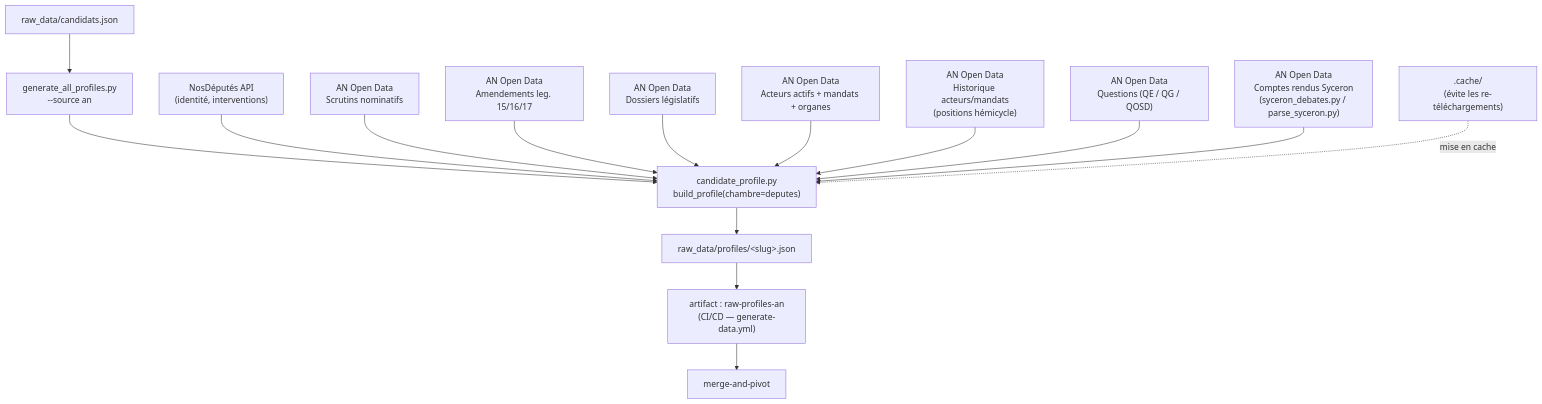
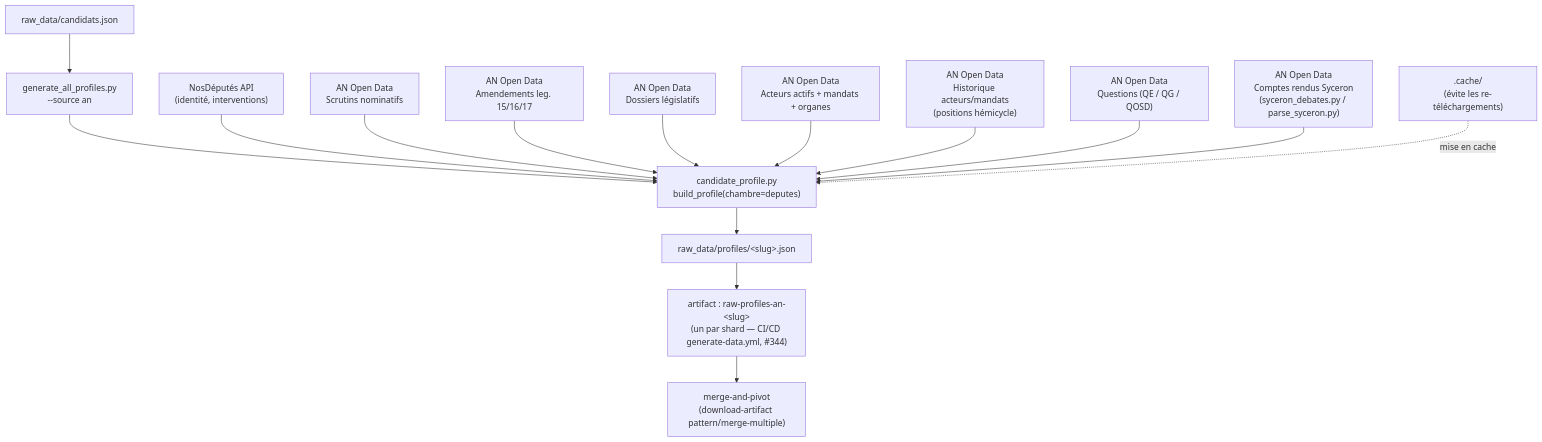
Before and after one commit to stephieED/Empreinte-politique-src: the diagram in docs/extract-an.md, drawn with Mermaid. The commit also changed other lines of this file and 3 other files, not shown here.

````diff
--- a/docs/extract-an.md
+++ b/docs/extract-an.md
@@ -20,21 +34,21 @@
 ```mermaid
 flowchart TD
     A["raw_data/candidats.json"] --> B["generate_all_profiles.py\n--source an"]
 
     B --> C["candidate_profile.py\nbuild_profile(chambre=deputes)"]
 
     ND["NosDéputés API\n(identité, interventions)"] --> C
     AN1["AN Open Data\nScrutins nominatifs"] --> C
     AN2["AN Open Data\nAmendements leg. 15/16/17"] --> C
     AN3["AN Open Data\nDossiers législatifs"] --> C
     AN4["AN Open Data\nActeurs actifs + mandats + organes"] --> C
     AN5["AN Open Data\nHistorique acteurs/mandats\n(positions hémicycle)"] --> C
     AN6["AN Open Data\nQuestions (QE / QG / QOSD)"] --> C
     SYC["AN Open Data\nComptes rendus Syceron\n(syceron_debates.py / parse_syceron.py)"] --> C
 
     CACHE[".cache/\n(évite les re-téléchargements)"] -. mise en cache .-> C
 
     C --> D["raw_data/profiles/&lt;slug&gt;.json"]
-    D --> E["artifact : raw-profiles-an\n(CI/CD — generate-data.yml)"]
-    E --> F["merge-and-pivot"]
+    D --> E["artifact : raw-profiles-an-&lt;slug&gt;\n(un par shard — CI/CD generate-data.yml, #344)"]
+    E --> F["merge-and-pivot\n(download-artifact pattern/merge-multiple)"]
 ```
````
